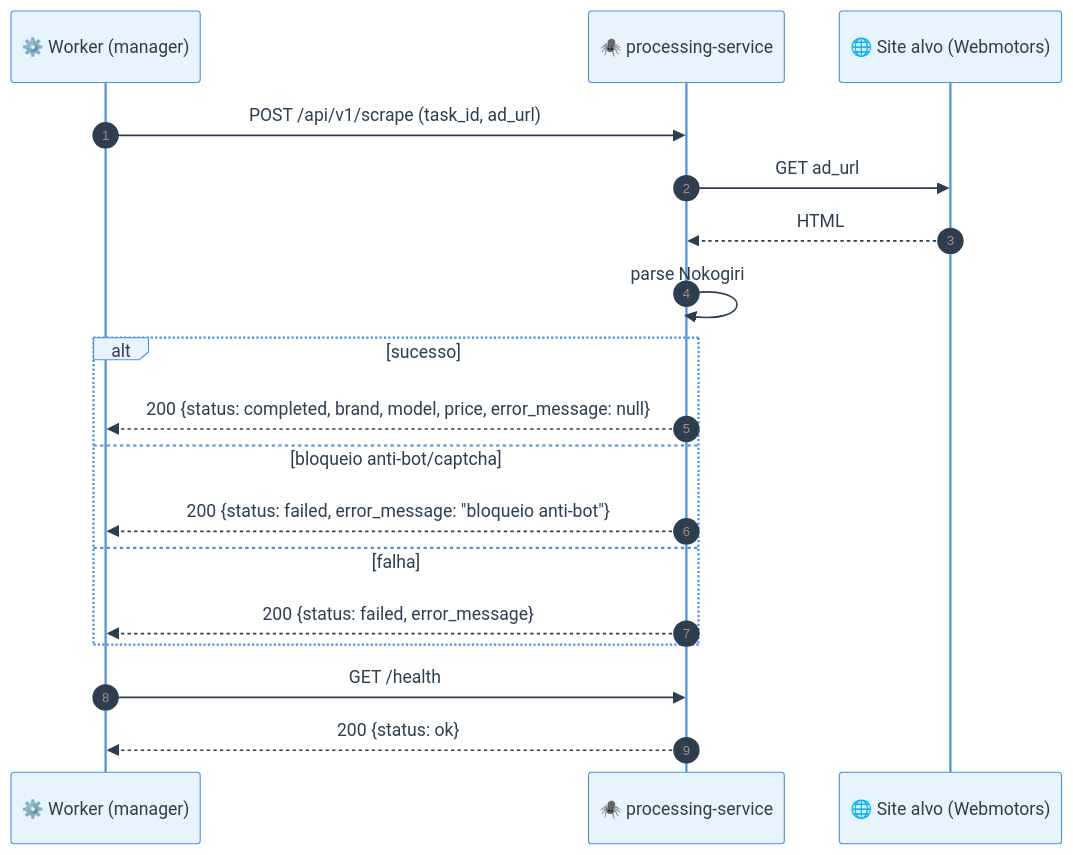
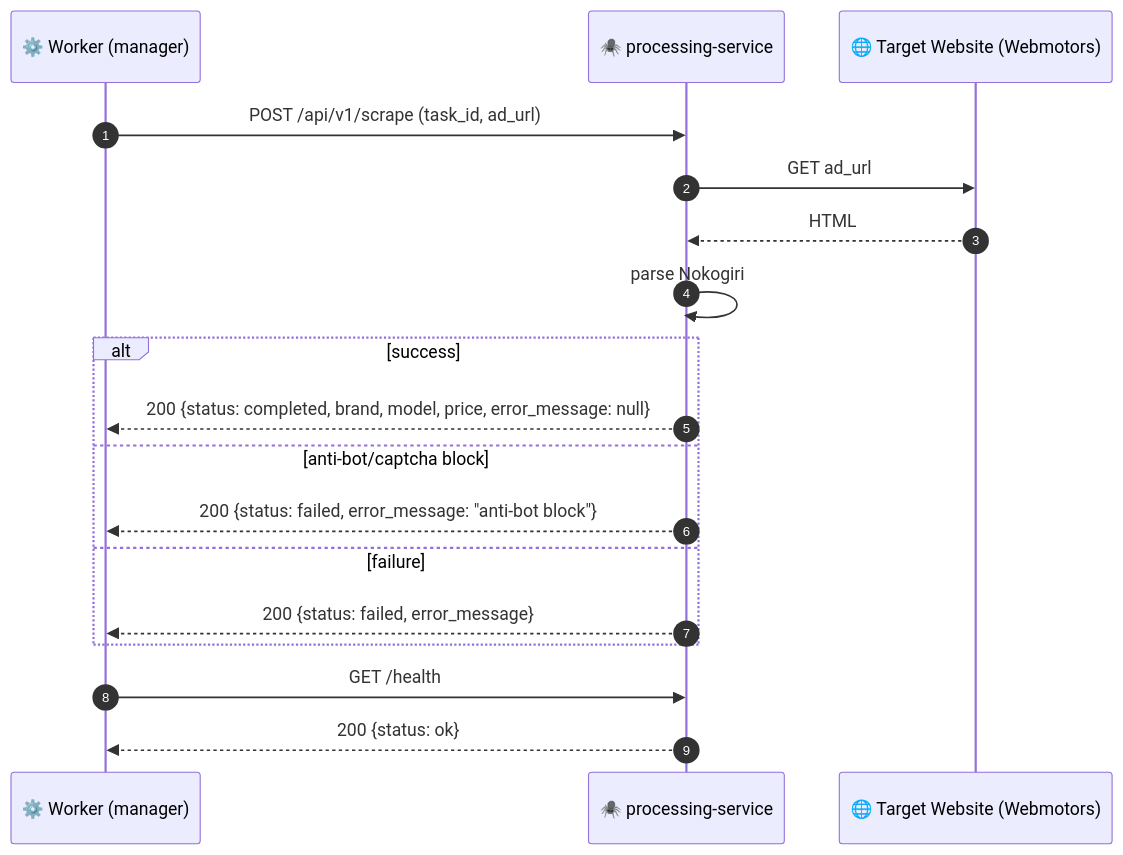
One commit to enogrob/c2s-webscraping-rails changed the fifth of 8 diagrams in README.md. Above: the diagram before and after it, drawn with Mermaid. The commit also changed other lines of this file and 3 other files, not shown here.

````diff
--- a/README.md
+++ b/README.md
@@ -195,35 +148,22 @@
 ```mermaid
-%%{init: {
-	'theme':'base',
-	'themeVariables': {
-		'primaryColor':'#E8F4FD',
-		'primaryBorderColor':'#4A90E2',
-		'primaryTextColor':'#2C3E50',
-		'secondaryColor':'#F0F8E8',
-		'tertiaryColor':'#FDF2E8',
-		'quaternaryColor':'#F8E8F8',
-		'lineColor':'#5D6D7E',
-		'fontFamily':'Inter,Segoe UI,Arial'
-	}
-}}%%
 sequenceDiagram
 	autonumber
 	participant W as ⚙️ Worker (manager)
 	participant P as 🕷️ processing-service
-	participant S as 🌐 Site alvo (Webmotors)
+	participant S as 🌐 Target Website (Webmotors)
 
 	W->>P: POST /api/v1/scrape (task_id, ad_url)
 	P->>S: GET ad_url
 	S-->>P: HTML
 	P->>P: parse Nokogiri
-	alt sucesso
+	alt success
 		P-->>W: 200 {status: completed, brand, model, price, error_message: null}
-	else bloqueio anti-bot/captcha
-		P-->>W: 200 {status: failed, error_message: "bloqueio anti-bot"}
-	else falha
+	else anti-bot/captcha block
+		P-->>W: 200 {status: failed, error_message: "anti-bot block"}
+	else failure
 		P-->>W: 200 {status: failed, error_message}
 	end
 
 	W->>P: GET /health
 	P-->>W: 200 {status: ok}
 ```
````
